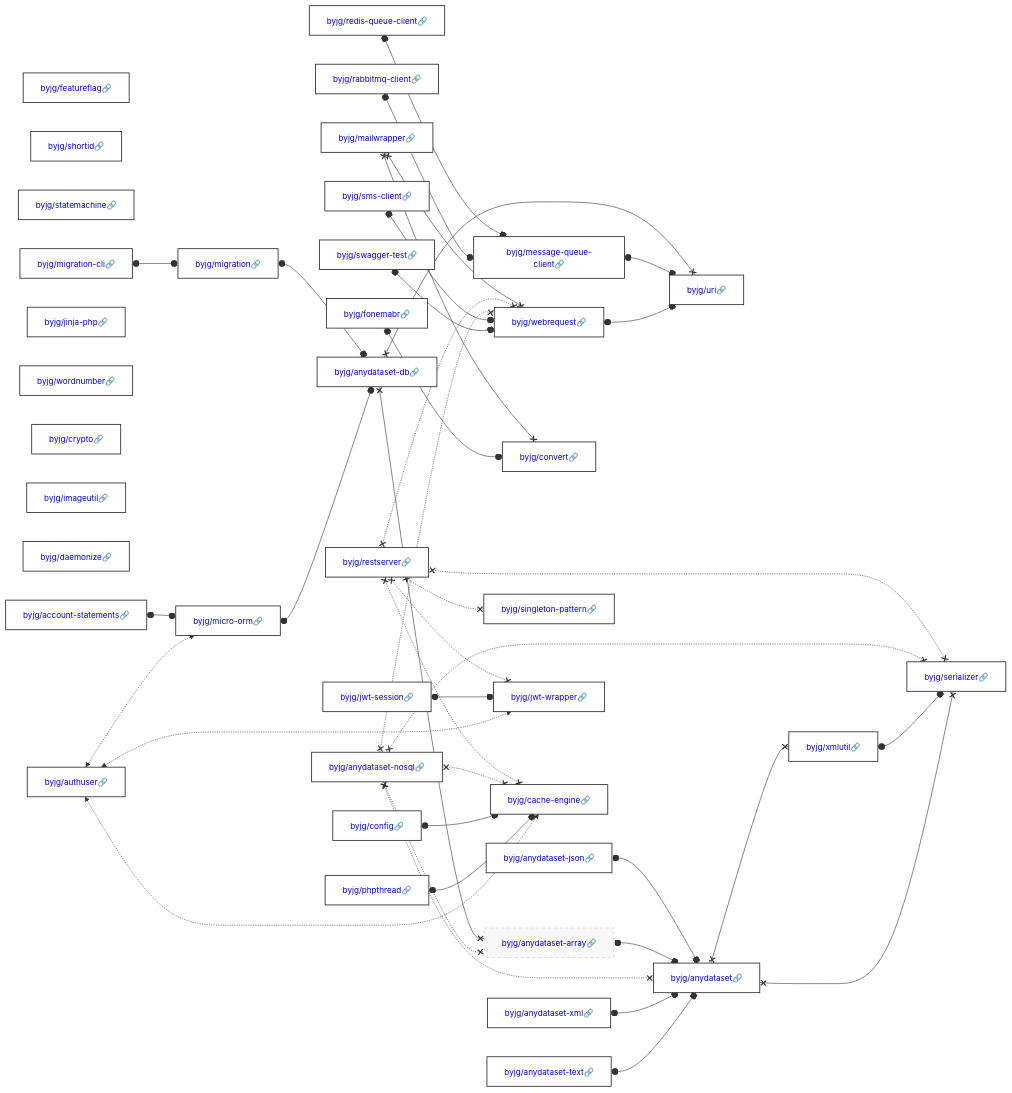
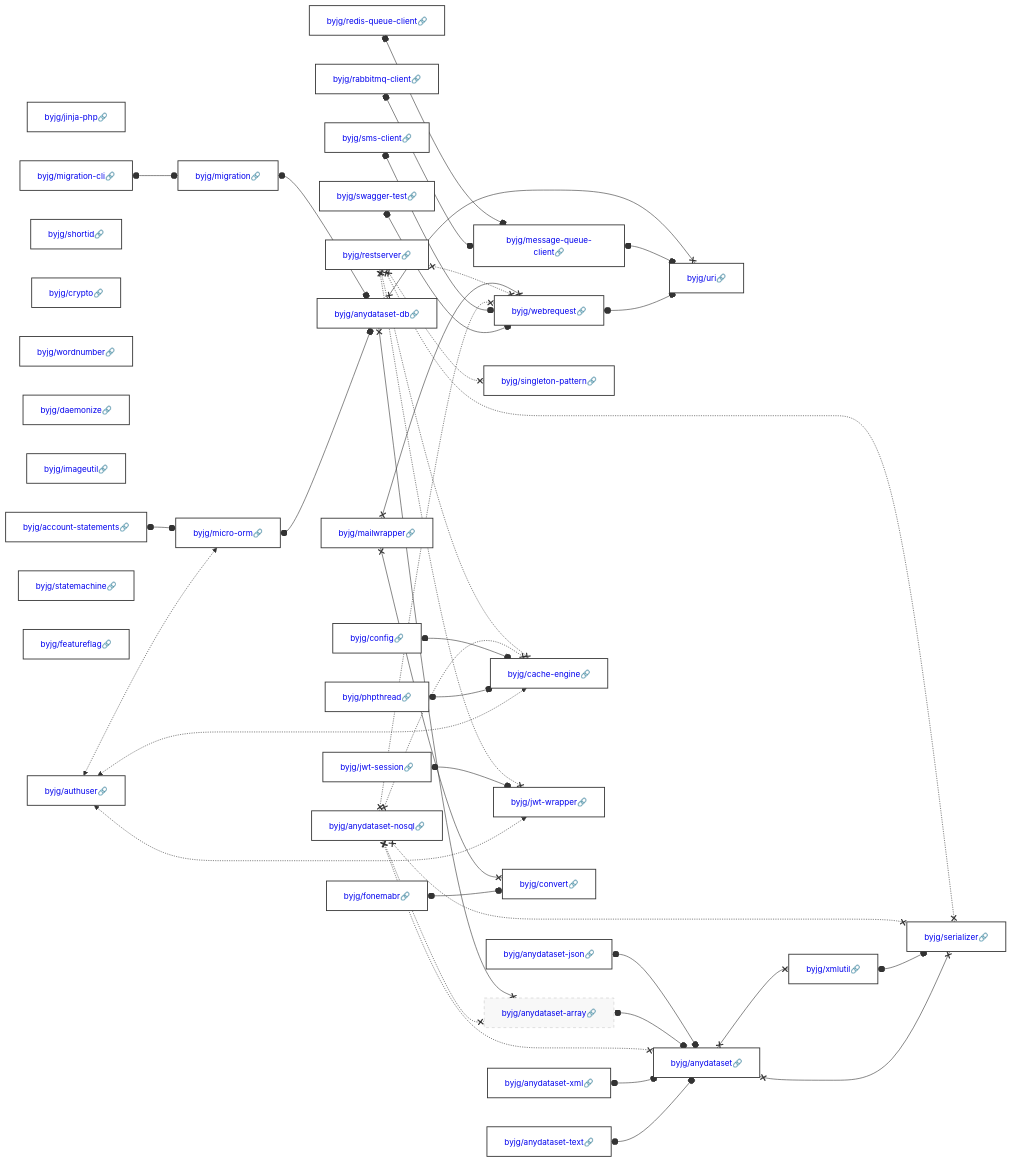
The diagram in docs/php/README.md (byjg/byjg.github.io), drawn with Mermaid before and after one commit. The commit also changed other lines of this file, not shown here.

Commit message:
Update documentation 'php' 'php-anydataset-db'

````diff
--- a/docs/php/README.md
+++ b/docs/php/README.md
@@ -3,38 +3,38 @@
 ```mermaid
 graph LR;
+  byjg/jinja-php[<a href='https://opensource.byjg.com/docs/php/jinja-php' style='text-decoration:none'>byjg/jinja-php🔗</a>];
+  byjg/anydataset-xml[<a href='https://opensource.byjg.com/docs/php/anydataset-xml' style='text-decoration:none'>byjg/anydataset-xml🔗</a>];
+  byjg/config[<a href='https://opensource.byjg.com/docs/php/config' style='text-decoration:none'>byjg/config🔗</a>];
+  byjg/restserver[<a href='https://opensource.byjg.com/docs/php/restserver' style='text-decoration:none'>byjg/restserver🔗</a>];
+  byjg/account-statements[<a href='https://opensource.byjg.com/docs/php/account-statements' style='text-decoration:none'>byjg/account-statements🔗</a>];
+  byjg/swagger-test[<a href='https://opensource.byjg.com/docs/php/swagger-test' style='text-decoration:none'>byjg/swagger-test🔗</a>];
+  byjg/jwt-session[<a href='https://opensource.byjg.com/docs/php/jwt-session' style='text-decoration:none'>byjg/jwt-session🔗</a>];
+  byjg/anydataset-nosql[<a href='https://opensource.byjg.com/docs/php/anydataset-nosql' style='text-decoration:none'>byjg/anydataset-nosql🔗</a>];
+  byjg/shortid[<a href='https://opensource.byjg.com/docs/php/shortid' style='text-decoration:none'>byjg/shortid🔗</a>];
+  byjg/crypto[<a href='https://opensource.byjg.com/docs/php/crypto' style='text-decoration:none'>byjg/crypto🔗</a>];
+  byjg/mailwrapper[<a href='https://opensource.byjg.com/docs/php/mailwrapper' style='text-decoration:none'>byjg/mailwrapper🔗</a>];
+  byjg/wordnumber[<a href='https://opensource.byjg.com/docs/php/wordnumber' style='text-decoration:none'>byjg/wordnumber🔗</a>];
+  byjg/daemonize[<a href='https://opensource.byjg.com/docs/php/daemonize' style='text-decoration:none'>byjg/daemonize🔗</a>];
   byjg/sms-client[<a href='https://opensource.byjg.com/docs/php/sms-client' style='text-decoration:none'>byjg/sms-client🔗</a>];
+  byjg/imageutil[<a href='https://opensource.byjg.com/docs/php/imageutil' style='text-decoration:none'>byjg/imageutil🔗</a>];
+  byjg/phpthread[<a href='https://opensource.byjg.com/docs/php/phpthread' style='text-decoration:none'>byjg/phpthread🔗</a>];
+  byjg/authuser[<a href='https://opensource.byjg.com/docs/php/authuser' style='text-decoration:none'>byjg/authuser🔗</a>];
+  byjg/fonemabr[<a href='https://opensource.byjg.com/docs/php/fonemabr' style='text-decoration:none'>byjg/fonemabr🔗</a>];
+  byjg/anydataset-json[<a href='https://opensource.byjg.com/docs/php/anydataset-json' style='text-decoration:none'>byjg/anydataset-json🔗</a>];
+  byjg/statemachine[<a href='https://opensource.byjg.com/docs/php/statemachine' style='text-decoration:none'>byjg/statemachine🔗</a>];
+  byjg/redis-queue-client[<a href='https://opensource.byjg.com/docs/php/redis-queue-client' style='text-decoration:none'>byjg/redis-queue-client🔗</a>];
+  byjg/anydataset-text[<a href='https://opensource.byjg.com/docs/php/anydataset-text' style='text-decoration:none'>byjg/anydataset-text🔗</a>];
+  byjg/rabbitmq-client[<a href='https://opensource.byjg.com/docs/php/rabbitmq-client' style='text-decoration:none'>byjg/rabbitmq-client🔗</a>];
   byjg/featureflag[<a href='https://opensource.byjg.com/docs/php/featureflag' style='text-decoration:none'>byjg/featureflag🔗</a>];
-  byjg/phpthread[<a href='https://opensource.byjg.com/docs/php/phpthread' style='text-decoration:none'>byjg/phpthread🔗</a>];
-  byjg/anydataset-nosql[<a href='https://opensource.byjg.com/docs/php/anydataset-nosql' style='text-decoration:none'>byjg/anydataset-nosql🔗</a>];
-  byjg/mailwrapper[<a href='https://opensource.byjg.com/docs/php/mailwrapper' style='text-decoration:none'>byjg/mailwrapper🔗</a>];
-  byjg/shortid[<a href='https://opensource.byjg.com/docs/php/shortid' style='text-decoration:none'>byjg/shortid🔗</a>];
-  byjg/statemachine[<a href='https://opensource.byjg.com/docs/php/statemachine' style='text-decoration:none'>byjg/statemachine🔗</a>];
-  byjg/account-statements[<a href='https://opensource.byjg.com/docs/php/account-statements' style='text-decoration:none'>byjg/account-statements🔗</a>];
-  byjg/jinja-php[<a href='https://opensource.byjg.com/docs/php/jinja-php' style='text-decoration:none'>byjg/jinja-php🔗</a>];
-  byjg/fonemabr[<a href='https://opensource.byjg.com/docs/php/fonemabr' style='text-decoration:none'>byjg/fonemabr🔗</a>];
-  byjg/wordnumber[<a href='https://opensource.byjg.com/docs/php/wordnumber' style='text-decoration:none'>byjg/wordnumber🔗</a>];
-  byjg/anydataset-json[<a href='https://opensource.byjg.com/docs/php/anydataset-json' style='text-decoration:none'>byjg/anydataset-json🔗</a>];
-  byjg/redis-queue-client[<a href='https://opensource.byjg.com/docs/php/redis-queue-client' style='text-decoration:none'>byjg/redis-queue-client🔗</a>];
-  byjg/anydataset-xml[<a href='https://opensource.byjg.com/docs/php/anydataset-xml' style='text-decoration:none'>byjg/anydataset-xml🔗</a>];
-  byjg/crypto[<a href='https://opensource.byjg.com/docs/php/crypto' style='text-decoration:none'>byjg/crypto🔗</a>];
-  byjg/jwt-session[<a href='https://opensource.byjg.com/docs/php/jwt-session' style='text-decoration:none'>byjg/jwt-session🔗</a>];
-  byjg/rabbitmq-client[<a href='https://opensource.byjg.com/docs/php/rabbitmq-client' style='text-decoration:none'>byjg/rabbitmq-client🔗</a>];
-  byjg/anydataset-text[<a href='https://opensource.byjg.com/docs/php/anydataset-text' style='text-decoration:none'>byjg/anydataset-text🔗</a>];
-  byjg/restserver[<a href='https://opensource.byjg.com/docs/php/restserver' style='text-decoration:none'>byjg/restserver🔗</a>];
-  byjg/swagger-test[<a href='https://opensource.byjg.com/docs/php/swagger-test' style='text-decoration:none'>byjg/swagger-test🔗</a>];
-  byjg/imageutil[<a href='https://opensource.byjg.com/docs/php/imageutil' style='text-decoration:none'>byjg/imageutil🔗</a>];
-  byjg/daemonize[<a href='https://opensource.byjg.com/docs/php/daemonize' style='text-decoration:none'>byjg/daemonize🔗</a>];
   byjg/migration-cli[<a href='https://opensource.byjg.com/docs/php/migration-cli' style='text-decoration:none'>byjg/migration-cli🔗</a>];
-  byjg/authuser[<a href='https://opensource.byjg.com/docs/php/authuser' style='text-decoration:none'>byjg/authuser🔗</a>];
-  byjg/config[<a href='https://opensource.byjg.com/docs/php/config' style='text-decoration:none'>byjg/config🔗</a>];
+  byjg/singleton-pattern[<a href='https://opensource.byjg.com/docs/php/singleton-pattern' style='text-decoration:none'>byjg/singleton-pattern🔗</a>];
+  byjg/webrequest[<a href='https://opensource.byjg.com/docs/php/webrequest' style='text-decoration:none'>byjg/webrequest🔗</a>];
+  byjg/micro-orm[<a href='https://opensource.byjg.com/docs/php/micro-orm' style='text-decoration:none'>byjg/micro-orm🔗</a>];
+  byjg/cache-engine[<a href='https://opensource.byjg.com/docs/php/cache-engine' style='text-decoration:none'>byjg/cache-engine🔗</a>];
+  byjg/jwt-wrapper[<a href='https://opensource.byjg.com/docs/php/jwt-wrapper' style='text-decoration:none'>byjg/jwt-wrapper🔗</a>];
   byjg/convert[<a href='https://opensource.byjg.com/docs/php/convert' style='text-decoration:none'>byjg/convert🔗</a>];
   byjg/message-queue-client[<a href='https://opensource.byjg.com/docs/php/message-queue-client' style='text-decoration:none'>byjg/message-queue-client🔗</a>];
-  byjg/singleton-pattern[<a href='https://opensource.byjg.com/docs/php/singleton-pattern' style='text-decoration:none'>byjg/singleton-pattern🔗</a>];
-  byjg/webrequest[<a href='https://opensource.byjg.com/docs/php/webrequest' style='text-decoration:none'>byjg/webrequest🔗</a>];
   byjg/migration[<a href='https://opensource.byjg.com/docs/php/migration' style='text-decoration:none'>byjg/migration🔗</a>];
-  byjg/micro-orm[<a href='https://opensource.byjg.com/docs/php/micro-orm' style='text-decoration:none'>byjg/micro-orm🔗</a>];
-  byjg/jwt-wrapper[<a href='https://opensource.byjg.com/docs/php/jwt-wrapper' style='text-decoration:none'>byjg/jwt-wrapper🔗</a>];
-  byjg/cache-engine[<a href='https://opensource.byjg.com/docs/php/cache-engine' style='text-decoration:none'>byjg/cache-engine🔗</a>];
   byjg/anydataset-db[<a href='https://opensource.byjg.com/docs/php/anydataset-db' style='text-decoration:none'>byjg/anydataset-db🔗</a>];
   byjg/anydataset-array[<a href='https://opensource.byjg.com/docs/php/anydataset-array' style='text-decoration:none'>byjg/anydataset-array🔗</a>];
   byjg/uri[<a href='https://opensource.byjg.com/docs/php/uri' style='text-decoration:none'>byjg/uri🔗</a>];
````
